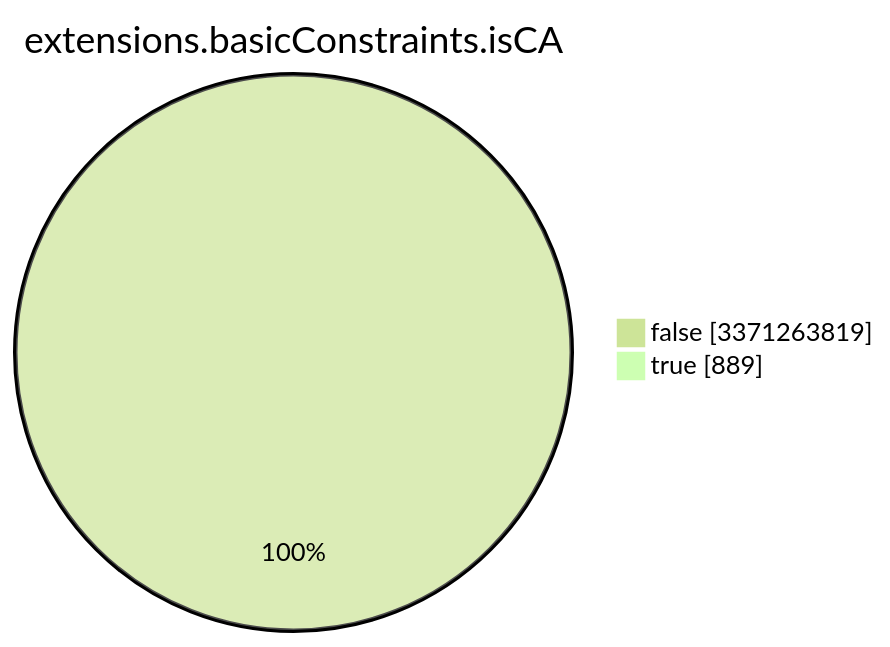
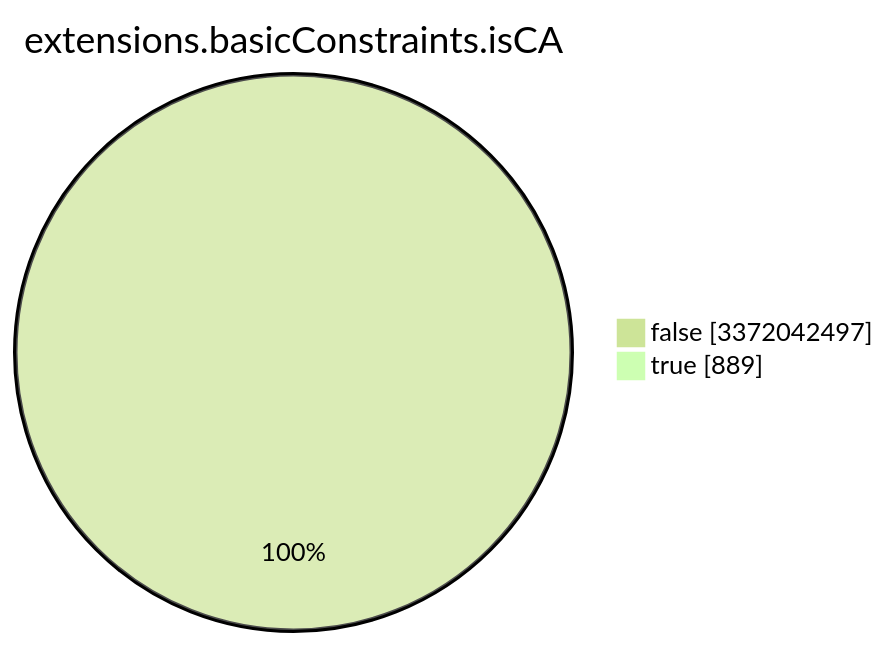
One commit to christiankrug/ctmonitor_visualization changed the seventh of 15 diagrams in TOTAL/README.md. Above: the diagram before and after it, drawn with Mermaid (forest theme). The commit also changed other lines of this file, not shown here.

````diff
--- a/TOTAL/README.md
+++ b/TOTAL/README.md
@@ -3090,6 +3090,6 @@
 ```mermaid
 pie showData
 title extensions.basicConstraints.isCA
-"false" :3371263819
+"false" :3372042497
 "true" :889
 ```
````
